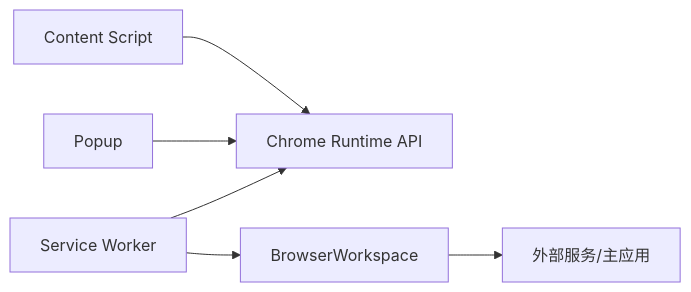
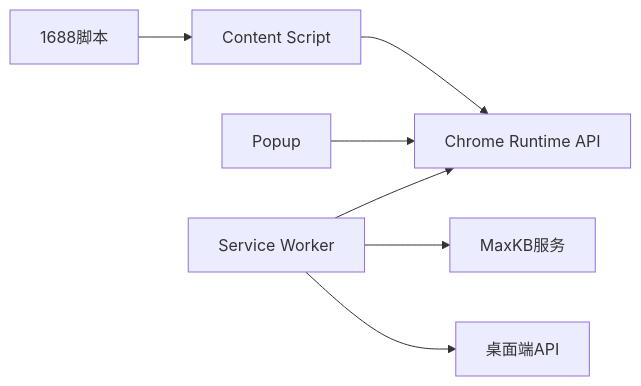
One commit to iljahofbauer219-lang/yandu changed the seventh of 7 diagrams in .qoder/repowiki/zh/content/系统架构/浏览器扩展架构.md. Above: the diagram before and after it, drawn with Mermaid. The commit also changed other lines of this file and 340 other files, not shown here.

````diff
--- a/.qoder/repowiki/zh/content/系统架构/浏览器扩展架构.md
+++ b/.qoder/repowiki/zh/content/系统架构/浏览器扩展架构.md
@@ -348,8 +364,9 @@
 ```mermaid
 graph LR
 CS["Content Script"] --> API["Chrome Runtime API"]
 PU["Popup"] --> API
 SW["Service Worker"] --> API
-SW --> BW["BrowserWorkspace"]
-BW --> EXT["外部服务/主应用"]
+SW --> MAXKB["MaxKB服务"]
+SW --> DESKTOP["桌面端API"]
+CS1688["1688脚本"] --> CS
 ```
````
